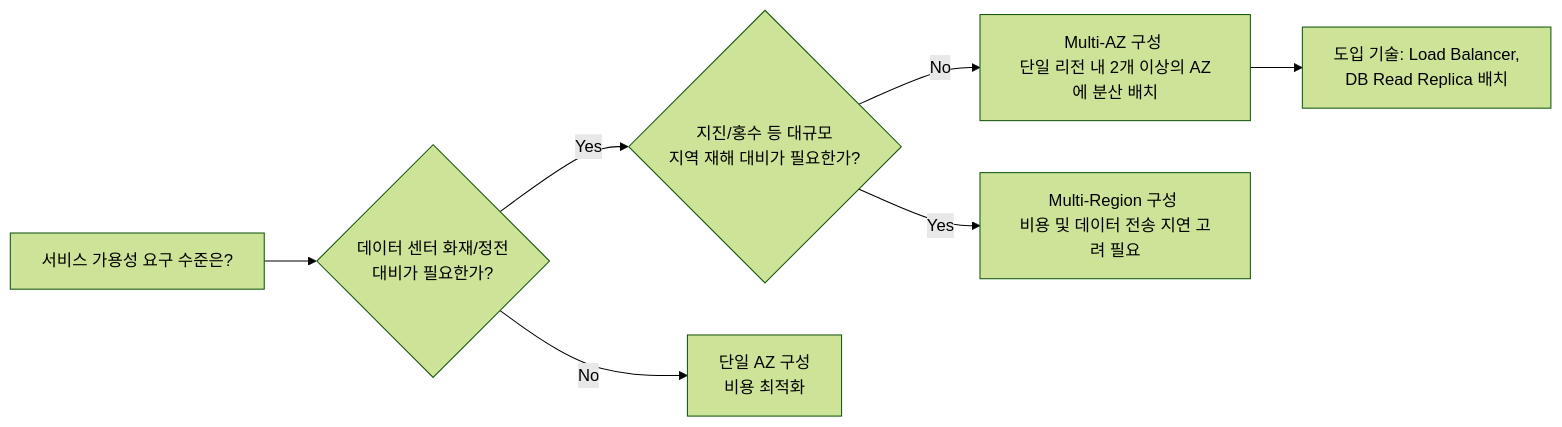
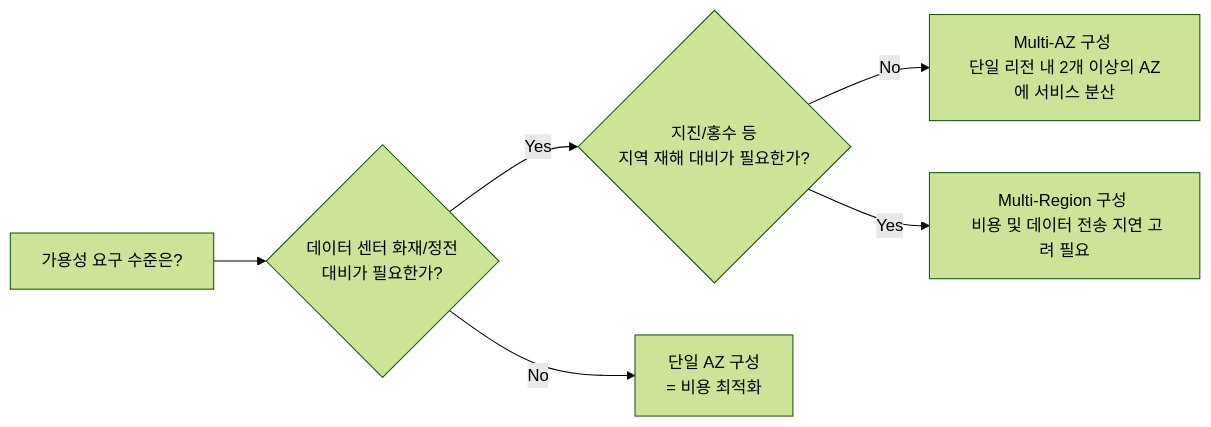
Before and after one commit to notory678/2026_gachon_trainee_Learning_portfolio: the diagram in sample.md, drawn with Mermaid (forest theme).

````diff
--- a/sample.md
+++ b/sample.md
@@ -53,11 +53,10 @@
 ```mermaid
 graph LR
-    A[서비스 가용성 요구 수준은?] --> B{데이터 센터 화재/정전 <br>대비가 필요한가?}
-    B -- Yes --> C{지진/홍수 등 대규모 <br>지역 재해 대비가 필요한가?}
-    B -- No --> D[단일 AZ 구성 <br>비용 최적화]
+    A[가용성 요구 수준은?] --> B{데이터 센터 화재/정전 <br>대비가 필요한가?}
+    B -- Yes --> C{지진/홍수 등 <br>지역 재해 대비가 필요한가?}
+    B -- No --> D[단일 AZ 구성 <br> = 비용 최적화]
     
-    C -- No --> E[Multi-AZ 구성 <br>단일 리전 내 2개 이상의 AZ에 분산 배치]
-    C -- Yes --> F[Multi-Region 구성 <br>비용 및 데이터 전송 지연 고려 필요]
+    C -- No --> E[Multi-AZ 구성 <br>단일 리전 내 2개 이상의 AZ에 서비스 분산]
+    C -- Yes --> F[Multi-Region 구성 <br> 비용 및 데이터 전송 지연 고려 필요]
     
-    E --> G[도입 기술: Load Balancer, <br>DB Read Replica 배치]
 ```
````
